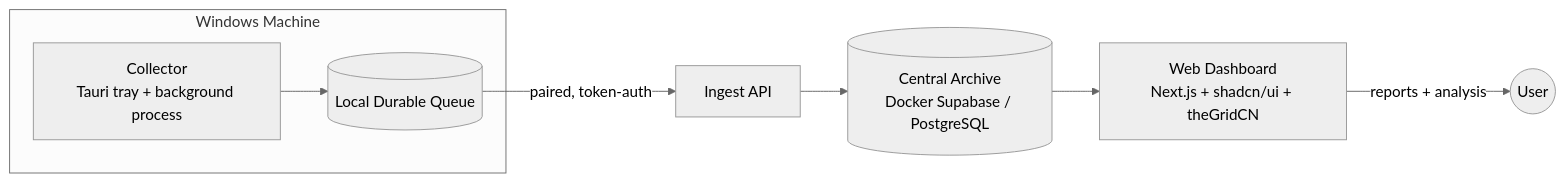
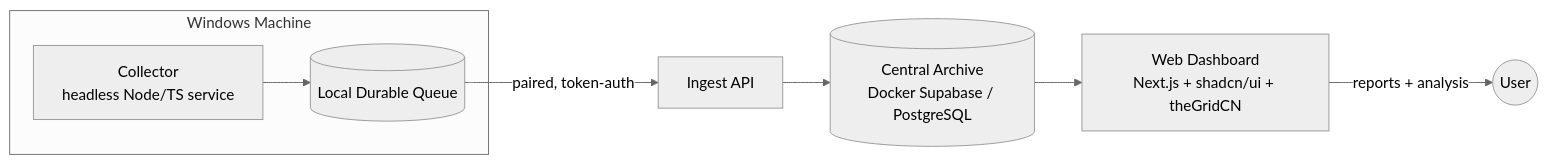
One commit to seanrobertwright/420AI changed the diagram in README.md. Above: the diagram before and after it, drawn with Mermaid (neutral theme). The commit also changed other lines of this file and 48 other files, not shown here.

````diff
--- a/README.md
+++ b/README.md
@@ -40,12 +40,12 @@
 ```mermaid
 flowchart LR
     subgraph Machine["Windows Machine"]
-        C[Collector<br/>Tauri tray + background process]
+        C[Collector<br/>headless Node/TS service]
         Q[(Local Durable Queue)]
         C --> Q
     end
     Q -->|paired, token-auth| I[Ingest API]
     I --> A[(Central Archive<br/>Docker Supabase / PostgreSQL)]
     A --> D[Web Dashboard<br/>Next.js + shadcn/ui + theGridCN]
     D -->|reports + analysis| U((User))
 ```
````
